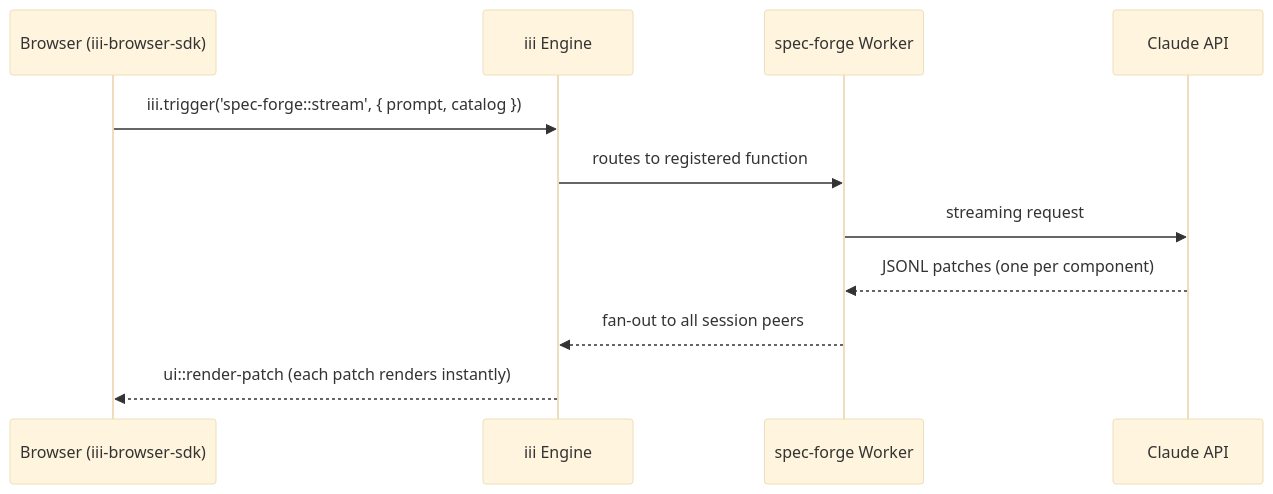
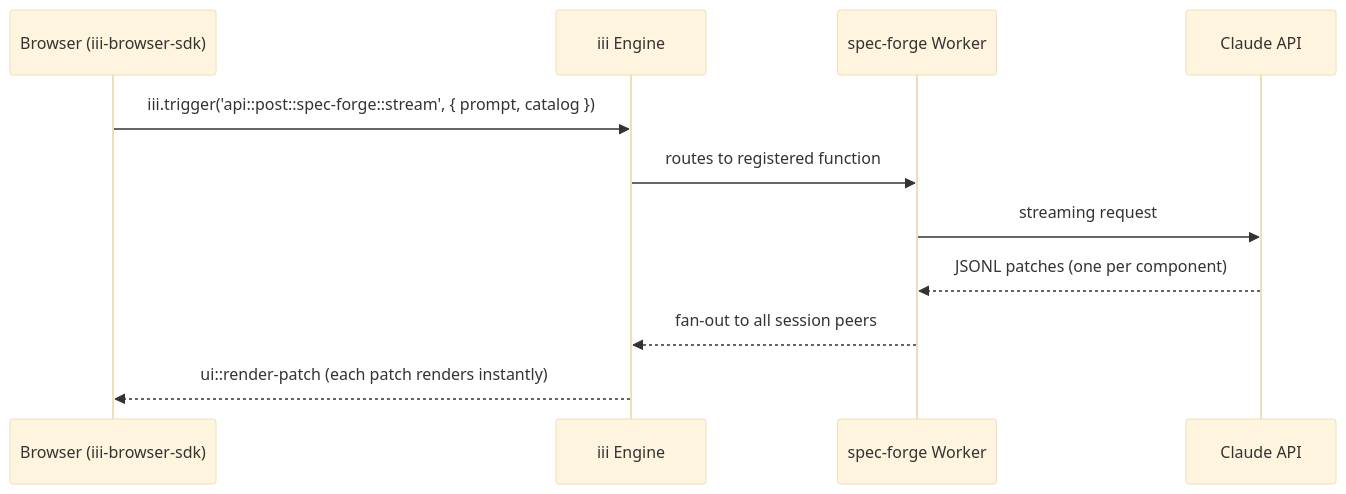
One commit to iii-hq/spec-forge changed the first of 2 diagrams in README.md. Above: the diagram before and after it, drawn with Mermaid (base theme). The commit also changed other lines of this file and 13 other files, not shown here.

````diff
--- a/README.md
+++ b/README.md
@@ -13,14 +13,14 @@
 ```mermaid
 sequenceDiagram
     participant B as Browser (iii-browser-sdk)
     participant E as iii Engine
     participant W as spec-forge Worker
     participant C as Claude API
 
-    B->>E: iii.trigger('spec-forge::stream', { prompt, catalog })
+    B->>E: iii.trigger('api::post::spec-forge::stream', { prompt, catalog })
     E->>W: routes to registered function
     W->>C: streaming request
     C-->>W: JSONL patches (one per component)
     W-->>E: fan-out to all session peers
     E-->>B: ui::render-patch (each patch renders instantly)
 ```
````
